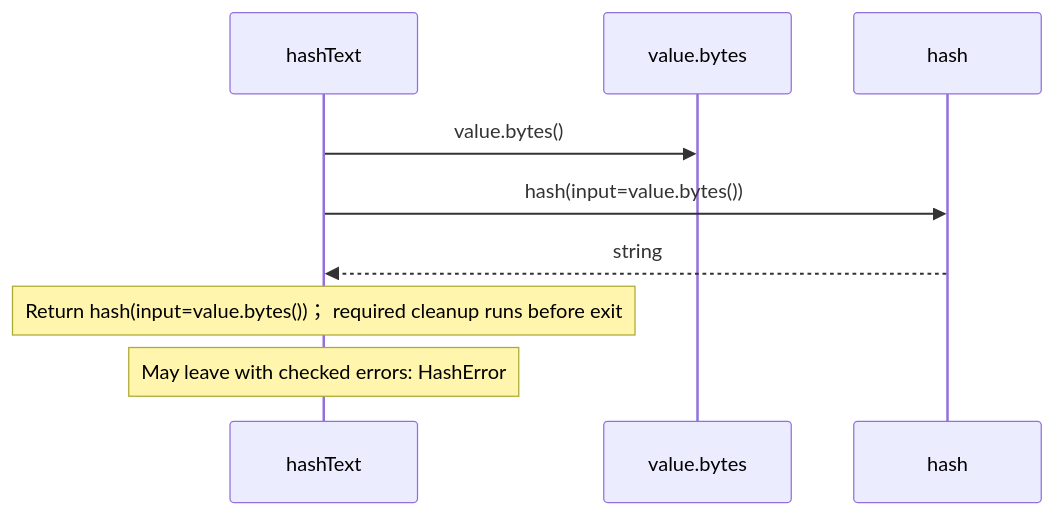
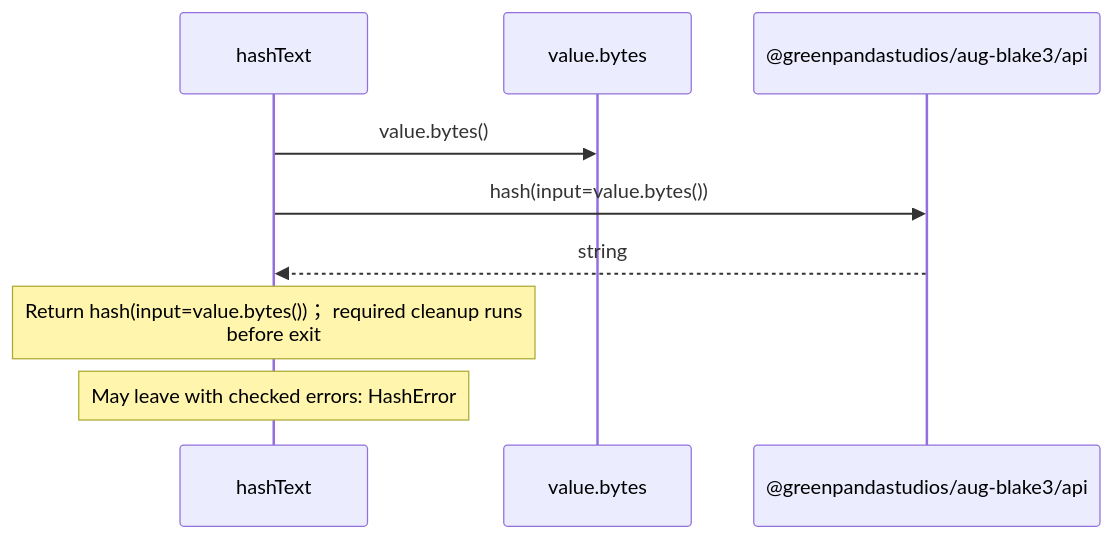
One commit to GreenPandaStudios/augscript changed the second of 2 diagrams in docs/examples/native-blake3/hashing-diagrams.md. Above: the diagram before and after it, drawn with Mermaid. The commit also changed 200 other files, not shown here.

Commit message:
Group imported operations and wrap readable sequence messages

````diff
--- a/docs/examples/native-blake3/hashing-diagrams.md
+++ b/docs/examples/native-blake3/hashing-diagrams.md
@@ -41,11 +41,11 @@
 ```mermaid
 sequenceDiagram
     participant p0 as hashText
     participant p1 as value.bytes
-    participant p2 as hash
+    participant p2 as @greenpandastudios/aug-blake3/api
     p0->>p1: value.bytes()
     p0->>p2: hash(input=value.bytes())
     p2-->>p0: string
-    Note over p0: Return hash(input=value.bytes())； required cleanup runs before exit
+    Note over p0: Return hash(input=value.bytes())； required cleanup runs<br/>before exit
     Note over p0: May leave with checked errors: HashError
 ```
````
